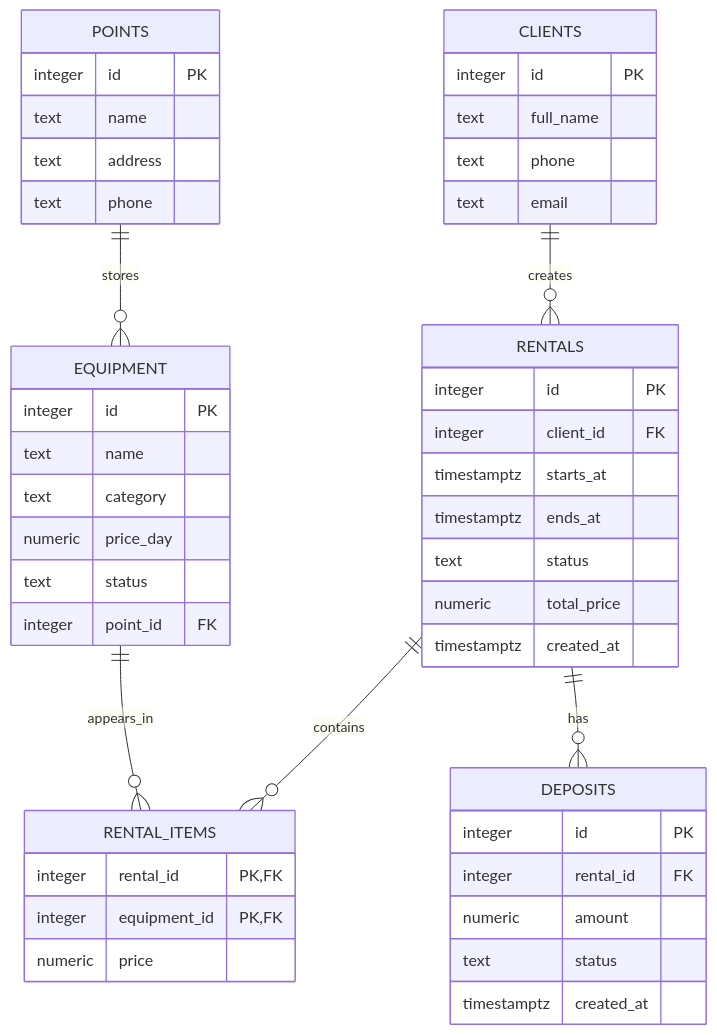
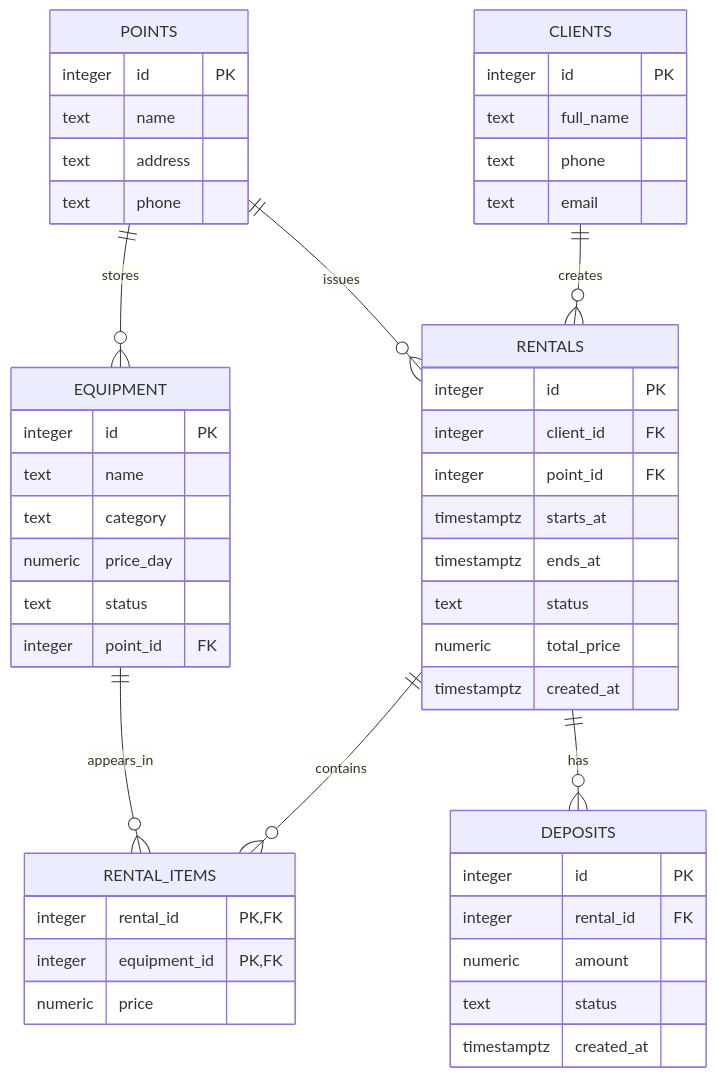
The diagram in README.md (leiiyuu/db-fen--rental), drawn with Mermaid before and after one commit.

````diff
--- a/README.md
+++ b/README.md
@@ -42,50 +42,52 @@
 ```mermaid
 erDiagram
     CLIENTS {
         integer id PK
         text full_name
         text phone
         text email
     }
     POINTS {
         integer id PK
         text name
         text address
         text phone
     }
     EQUIPMENT {
         integer id PK
         text name
         text category
         numeric price_day
         text status
         integer point_id FK
     }
     RENTALS {
         integer id PK
         integer client_id FK
+        integer point_id FK
         timestamptz starts_at
         timestamptz ends_at
         text status
         numeric total_price
         timestamptz created_at
     }
     RENTAL_ITEMS {
         integer rental_id PK, FK
         integer equipment_id PK, FK
         numeric price
     }
     DEPOSITS {
         integer id PK
         integer rental_id FK
         numeric amount
         text status
         timestamptz created_at
     }
 
     CLIENTS ||--o{ RENTALS : creates
     POINTS ||--o{ EQUIPMENT : stores
+    POINTS ||--o{ RENTALS : issues
     RENTALS ||--o{ RENTAL_ITEMS : contains
     EQUIPMENT ||--o{ RENTAL_ITEMS : appears_in
     RENTALS ||--o{ DEPOSITS : has
 ```
````
